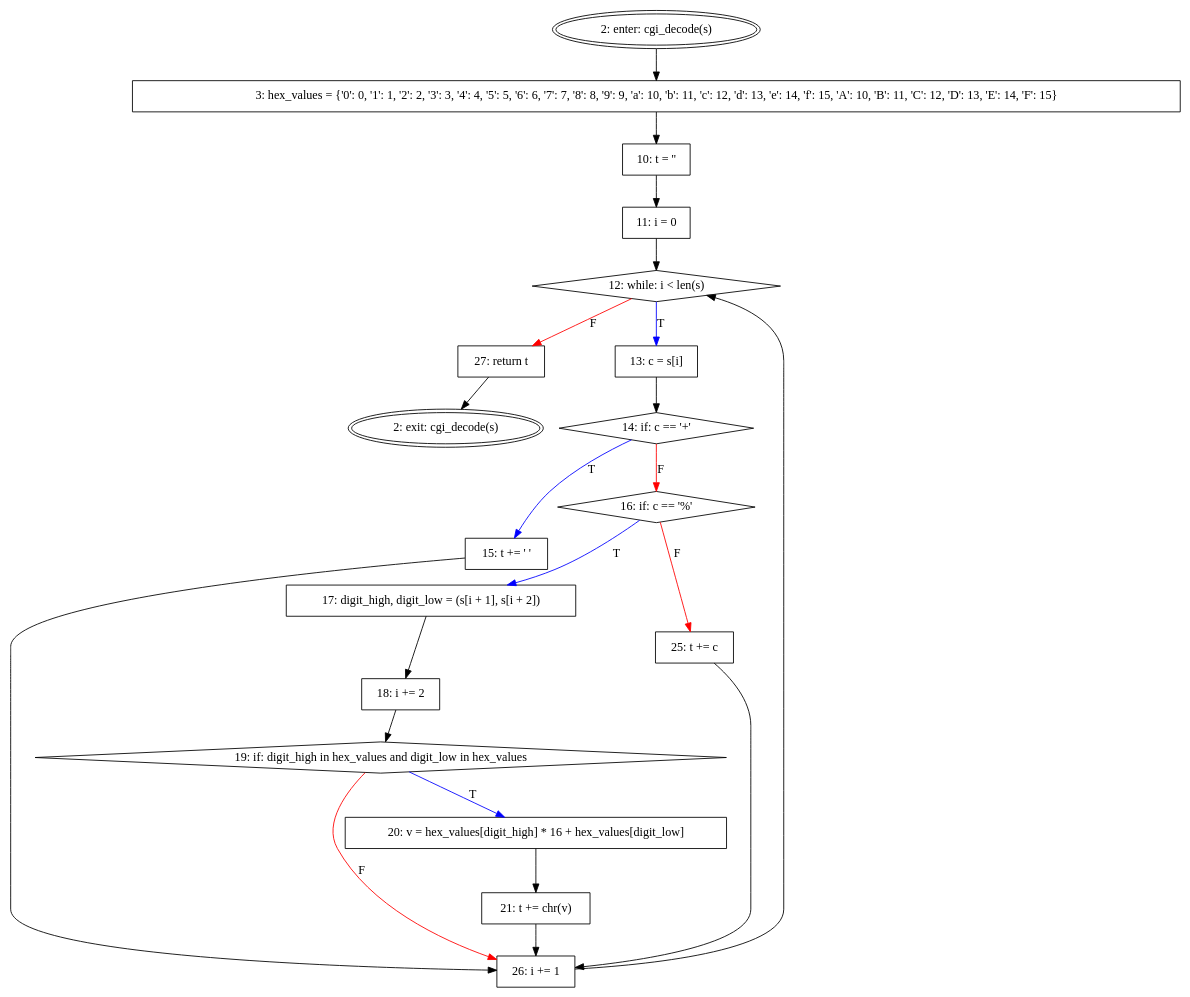
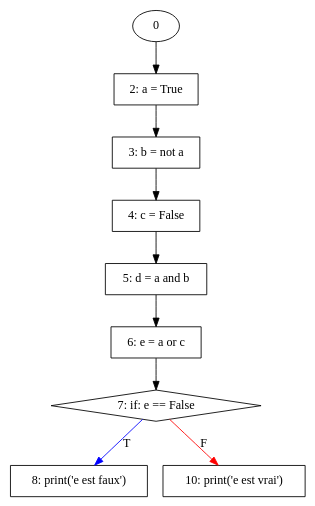
Before and after one commit to edu-mateescoj/gyminf: the diagram in Digraph.gv, drawn with Graphviz. The commit also changed 5 other files, not shown here.

```diff
--- a/Digraph.gv
+++ b/Digraph.gv
@@ -1,42 +1,19 @@
 // Control Flow Graph
 digraph {
-	1 [label="2: enter: cgi_decode(s)" peripheries=2 shape=oval]
-	2 [label="2: exit: cgi_decode(s)" peripheries=2 shape=oval]
-	18 -> 2
-	3 [label="3: hex_values = {'0': 0, '1': 1, '2': 2, '3': 3, '4': 4, '5': 5, '6': 6, '7': 7, '8': 8, '9': 9, 'a': 10, 'b': 11, 'c': 12, 'd': 13, 'e': 14, 'f': 15, 'A': 10, 'B': 11, 'C': 12, 'D': 13, 'E': 14, 'F': 15}" peripheries=1 shape=rectangle]
-	1 -> 3
-	4 [label="10: t = ''" peripheries=1 shape=rectangle]
+	1 [label="2: a = True" peripheries=1 shape=rectangle]
+	0 -> 1
+	2 [label="3: b = not a" peripheries=1 shape=rectangle]
+	1 -> 2
+	3 [label="4: c = False" peripheries=1 shape=rectangle]
+	2 -> 3
+	4 [label="5: d = a and b" peripheries=1 shape=rectangle]
 	3 -> 4
-	5 [label="11: i = 0" peripheries=1 shape=rectangle]
+	5 [label="6: e = a or c" peripheries=1 shape=rectangle]
 	4 -> 5
-	6 [label="12: while: i < len(s)" peripheries=1 shape=diamond]
+	6 [label="7: if: e == False" peripheries=1 shape=diamond]
 	5 -> 6
-	17 -> 6
-	7 [label="13: c = s[i]" peripheries=1 shape=rectangle]
+	7 [label="8: print('e est faux')" peripheries=1 shape=rectangle]
 	6 -> 7 [label=T color=blue]
-	8 [label="14: if: c == '+'" peripheries=1 shape=diamond]
-	7 -> 8
-	9 [label="15: t += ' '" peripheries=1 shape=rectangle]
-	8 -> 9 [label=T color=blue]
-	10 [label="16: if: c == '%'" peripheries=1 shape=diamond]
-	8 -> 10 [label=F color=red]
-	11 [label="17: digit_high, digit_low = (s[i + 1], s[i + 2])" peripheries=1 shape=rectangle]
-	10 -> 11 [label=T color=blue]
-	12 [label="18: i += 2" peripheries=1 shape=rectangle]
-	11 -> 12
-	13 [label="19: if: digit_high in hex_values and digit_low in hex_values" peripheries=1 shape=diamond]
-	12 -> 13
-	14 [label="20: v = hex_values[digit_high] * 16 + hex_values[digit_low]" peripheries=1 shape=rectangle]
-	13 -> 14 [label=T color=blue]
-	15 [label="21: t += chr(v)" peripheries=1 shape=rectangle]
-	14 -> 15
-	16 [label="25: t += c" peripheries=1 shape=rectangle]
-	10 -> 16 [label=F color=red]
-	17 [label="26: i += 1" peripheries=1 shape=rectangle]
-	9 -> 17
-	15 -> 17
-	13 -> 17 [label=F color=red]
-	16 -> 17
-	18 [label="27: return t" peripheries=1 shape=rectangle]
-	6 -> 18 [label=F color=red]
+	8 [label="10: print('e est vrai')" peripheries=1 shape=rectangle]
+	6 -> 8 [label=F color=red]
 }
```
